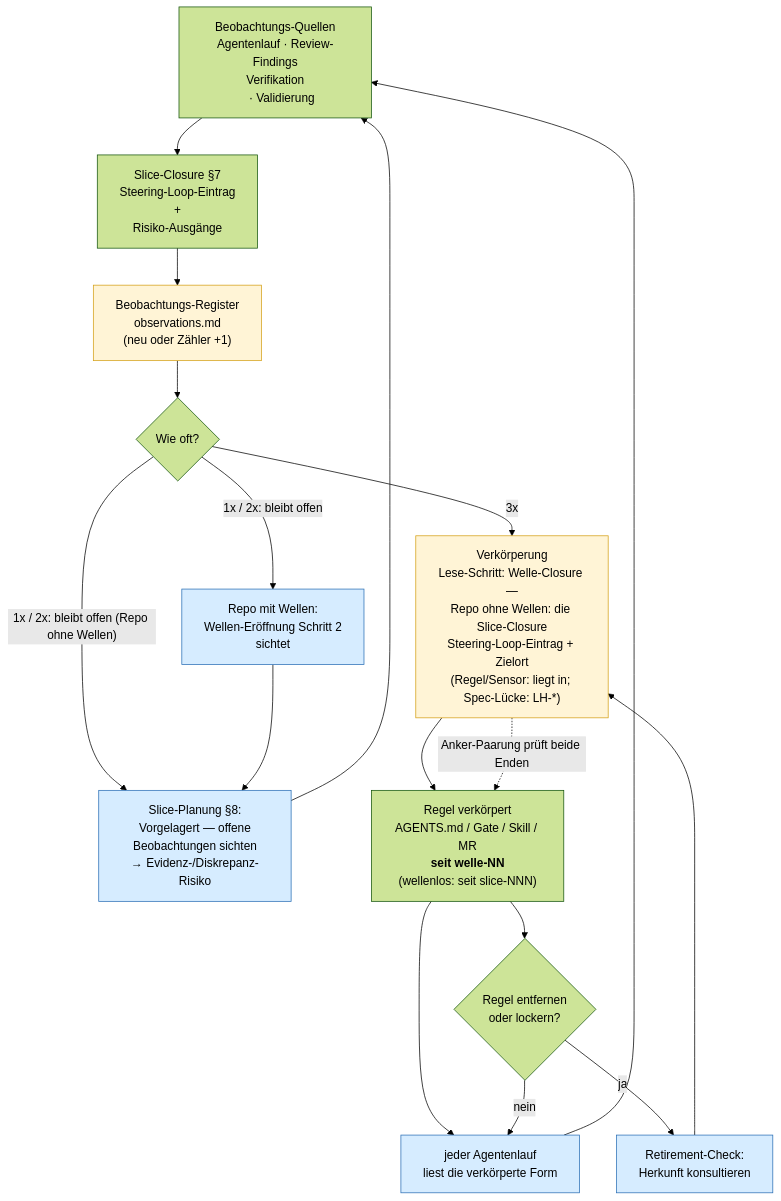
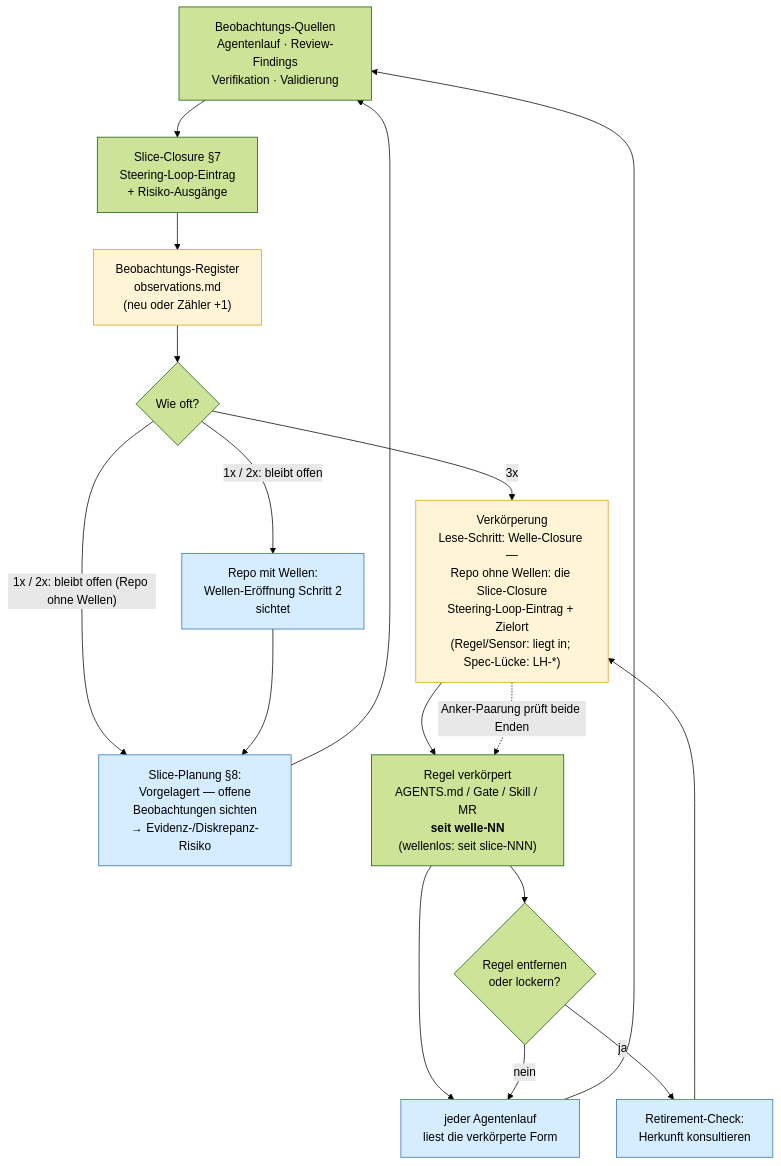
Before and after one commit to pt9912/ai-harness-course: the sixth of 6 diagrams in kurs/de/grundlagen/konventionen.md, drawn with Mermaid (forest theme). The commit also changed other lines of this file and 12 other files, not shown here.

````diff
--- a/kurs/de/grundlagen/konventionen.md
+++ b/kurs/de/grundlagen/konventionen.md
@@ -1125,30 +1152,28 @@
 ```mermaid
 flowchart TB
-    A["Beobachtungs-Quellen<br/>Agentenlauf · Review-Findings<br/>Verifikation
-    · Validierung"] --> B["Slice-Closure §7<br/>Steering-Loop-Eintrag<br/>+
-    Risiko-Ausgänge"]
+    A["Beobachtungs-Quellen<br/>Agentenlauf · Review-Findings<br/>Verifikation · Validierung"] --> B["Slice-Closure §7<br/>Steering-Loop-Eintrag<br/>+ Risiko-Ausgänge"]
     B --> V["Beobachtungs-Register<br/>observations.md<br/>(neu oder Zähler +1)"]
     V --> C{"Wie oft?"}
     C -- "3x" --> E["Verkörperung<br/>Lese-Schritt: Welle-Closure —<br/>Repo ohne Wellen: die Slice-Closure<br/>Steering-Loop-Eintrag + Zielort<br/>(Regel/Sensor: liegt in; Spec-Lücke: LH-*)"]
 
     C -- "1x / 2x: bleibt offen" --> F["Repo mit Wellen:<br/>Wellen-Eröffnung Schritt 2<br/>sichtet"]
     C -- "1x / 2x: bleibt offen (Repo ohne Wellen)" --> G
     F --> G["Slice-Planung §8:<br/>Vorgelagert — offene<br/>Beobachtungen sichten<br/>→ Evidenz-/Diskrepanz-Risiko"]
     G --> A
 
     E --> H["Regel verkörpert<br/>AGENTS.md / Gate / Skill / MR<br/><b>seit welle-NN</b><br/>(wellenlos: seit slice-NNN)"]
     H --> I["jeder Agentenlauf<br/>liest die verkörperte Form"]
     I --> A
     E -. "Anker-Paarung prüft beide Enden" .-> H
     H --> J{"Regel entfernen<br/>oder lockern?"}
     J -- "ja" --> K["Retirement-Check:<br/>Herkunft konsultieren"]
     J -- "nein" --> I
     K --> E
 
     style V fill:#fff4d6,stroke:#d4a017
     style E fill:#fff4d6,stroke:#d4a017
     style F fill:#d6ecff,stroke:#2a6fb5
     style G fill:#d6ecff,stroke:#2a6fb5
     style I fill:#d6ecff,stroke:#2a6fb5
     style K fill:#d6ecff,stroke:#2a6fb5
 ```
````
